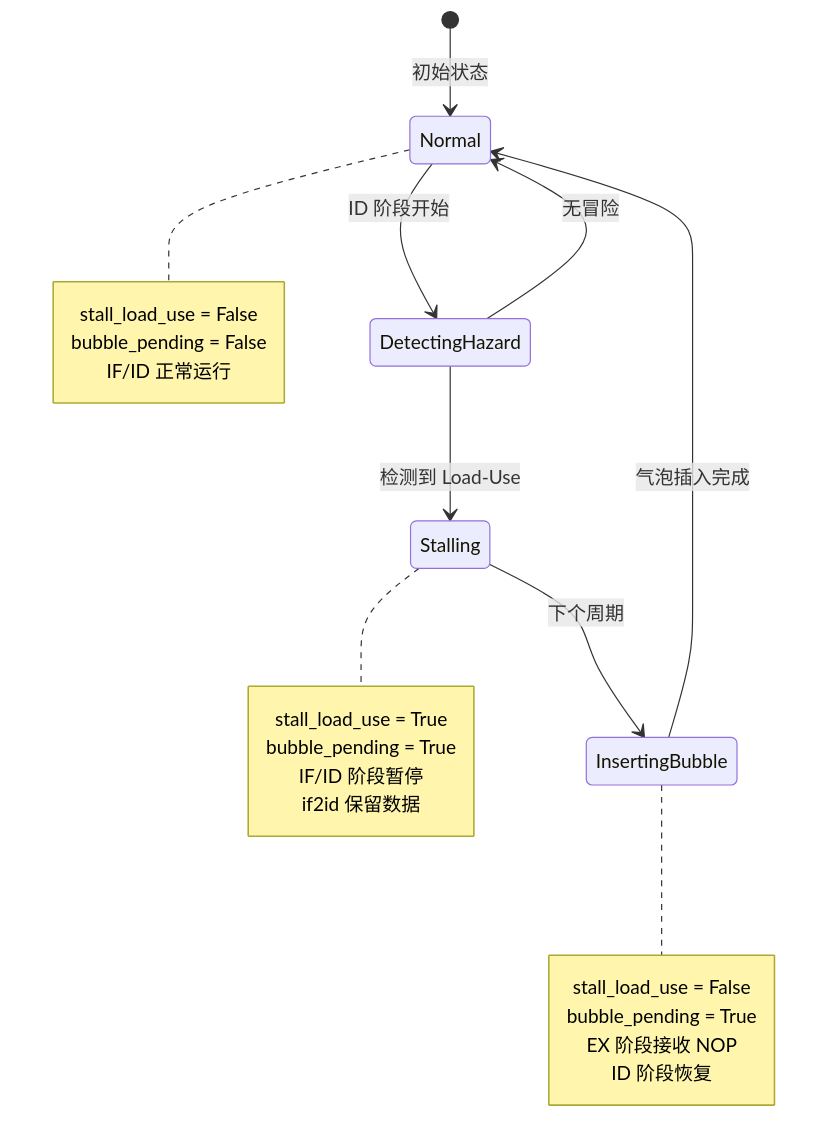
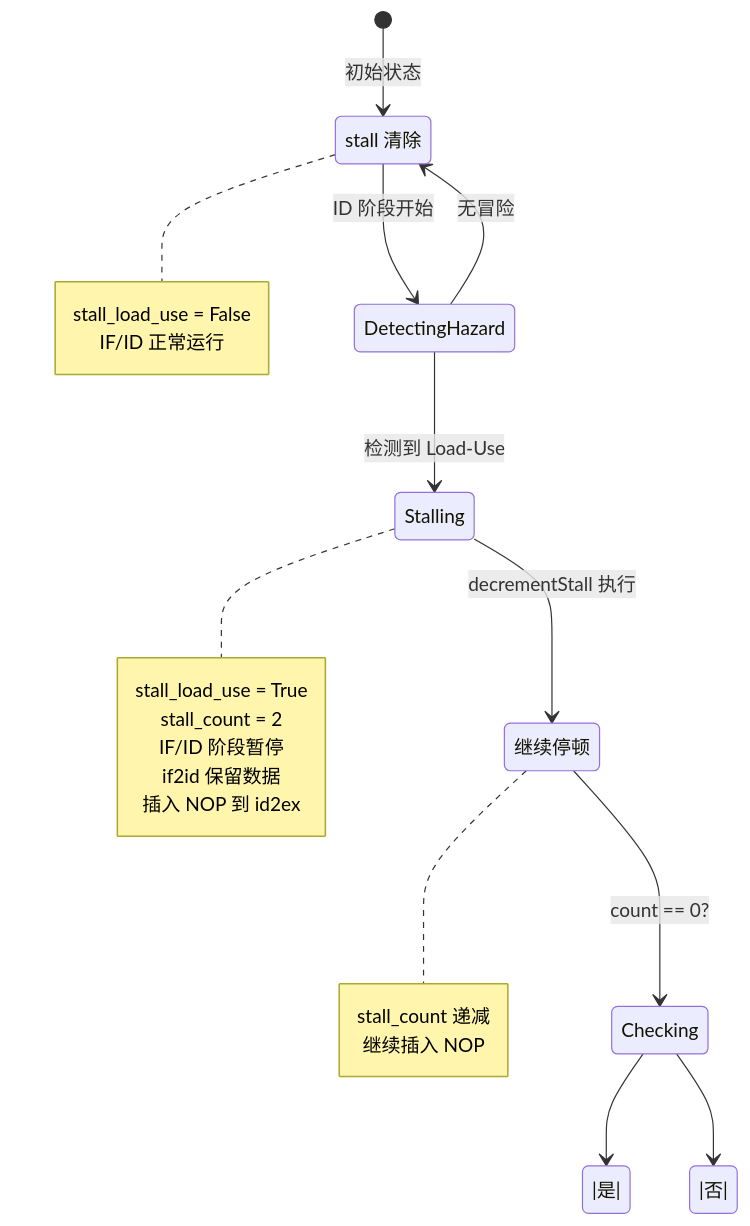
One commit to daivy2333/riscv-bsv-processor changed the fourth of 5 diagrams in docs/load-use-hazard.md. Above: the diagram before and after it, drawn with Mermaid. The commit also changed other lines of this file and 6 other files, not shown here.

````diff
--- a/docs/load-use-hazard.md
+++ b/docs/load-use-hazard.md
@@ -111,31 +97,31 @@
 ```mermaid
 stateDiagram-v2
     [*] --> Normal: 初始状态
 
     Normal --> DetectingHazard: ID 阶段开始
     DetectingHazard --> Normal: 无冒险
     DetectingHazard --> Stalling: 检测到 Load-Use
 
-    Stalling --> InsertingBubble: 下个周期
-    InsertingBubble --> Normal: 气泡插入完成
+    Stalling --> Decrementing: decrementStall 执行
+    Decrementing --> Checking: count == 0?
+    Checking -->|是| Normal: stall 清除
+    Checking -->|否| Decrementing: 继续停顿
 
     note right of Normal
         stall_load_use = False
-        bubble_pending = False
         IF/ID 正常运行
     end note
 
     note right of Stalling
         stall_load_use = True
-        bubble_pending = True
+        stall_count = 2
         IF/ID 阶段暂停
         if2id 保留数据
+        插入 NOP 到 id2ex
     end note
 
-    note right of InsertingBubble
-        stall_load_use = False
-        bubble_pending = True
-        EX 阶段接收 NOP
-        ID 阶段恢复
+    note right of Decrementing
+        stall_count 递减
+        继续插入 NOP
     end note
 ```
````
